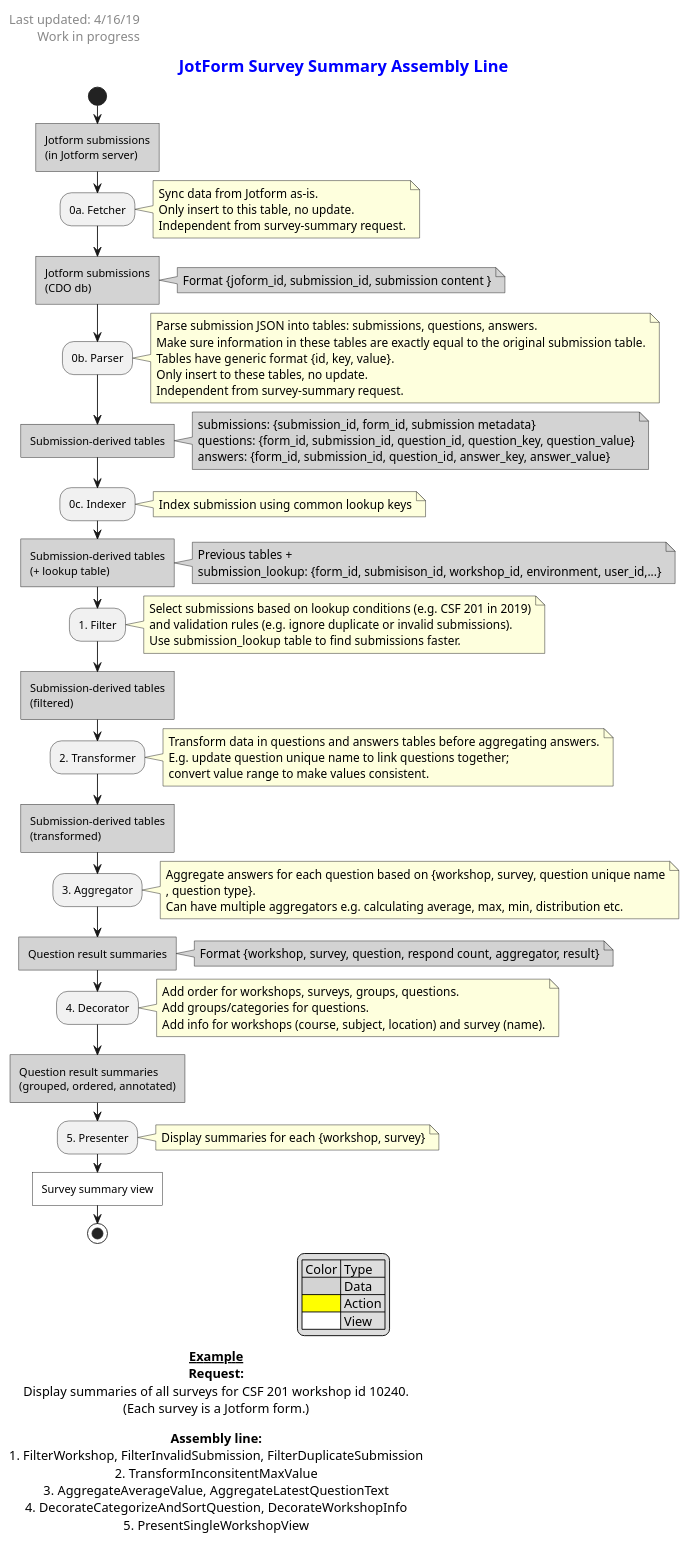
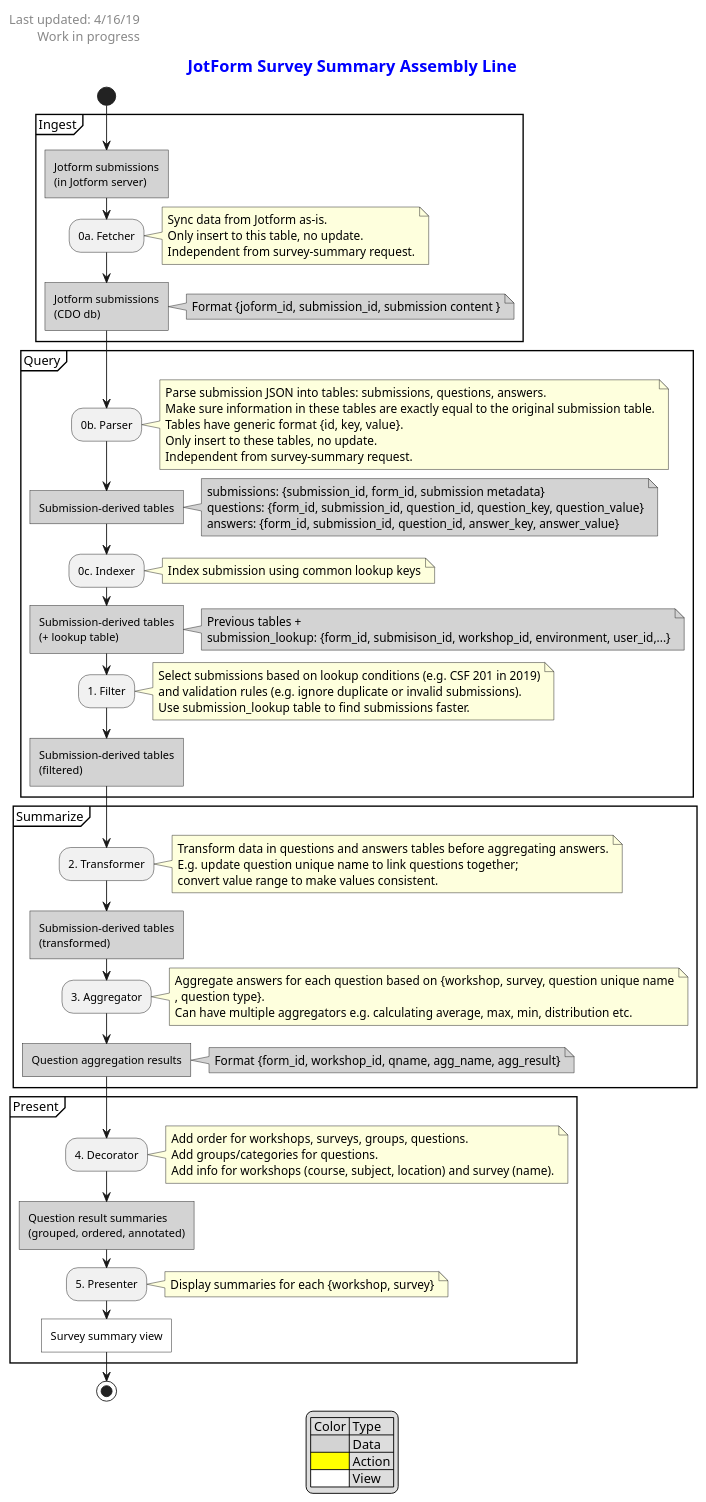
One commit to code-dot-org/code-dot-org changed the diagram in dashboard/design/survey_summary_diagram.puml. Above: the diagram before and after it, drawn with PlantUML. The commit also changed 1 other file, not shown here.

```diff
--- a/dashboard/design/survey_summary_diagram.puml
+++ b/dashboard/design/survey_summary_diagram.puml
@@ -1,114 +1,126 @@
 @startuml
+
 left header
   <size:14>Last updated: 4/16/19
   <size:14>Work in progress
 end header
+
 title
   <color:#blue><size:18>**JotForm Survey Summary Assembly Line**
 end title
+
 start
 
-#lightgrey:Jotform submissions
-(in Jotform server)]
-:0a. Fetcher;
-note right
-  Sync data from Jotform as-is.
-  Only insert to this table, no update.
-  Independent from survey-summary request.
-end note
-#lightgrey:Jotform submissions
-(CDO db)]
-note right #lightgrey: Format {joform_id, submission_id, submission content }
+partition Ingest {
+  #lightgrey:Jotform submissions
+  (in Jotform server)]
+  :0a. Fetcher;
+  note right
+    Sync data from Jotform as-is.
+    Only insert to this table, no update.
+    Independent from survey-summary request.
+  end note
+  #lightgrey:Jotform submissions
+  (CDO db)]
+  note right #lightgrey: Format {joform_id, submission_id, submission content }
+}
 
-:0b. Parser;
-note right
-  Parse submission JSON into tables: submissions, questions, answers.
-  Make sure information in these tables are exactly equal to the original submission table.
-  Tables have generic format {id, key, value}.
-  Only insert to these tables, no update.
-  Independent from survey-summary request.
-end note
-#lightgrey:Submission-derived tables]
-note right #lightgrey
-  submissions: {submission_id, form_id, submission metadata}
-  'Parsing 1st level hash
-  questions: {form_id, submission_id, question_id, question_key, question_value}
-  'Parsing 2nd level hash
-  answers: {form_id, submission_id, question_id, answer_key, answer_value}
-end note
+partition Query {
+  :0b. Parser;
+  note right
+    Parse submission JSON into tables: submissions, questions, answers.
+    Make sure information in these tables are exactly equal to the original submission table.
+    Tables have generic format {id, key, value}.
+    Only insert to these tables, no update.
+    Independent from survey-summary request.
+  end note
+  #lightgrey:Submission-derived tables]
+  note right #lightgrey
+    submissions: {submission_id, form_id, submission metadata}
+    'Parsing 1st level hash
+    questions: {form_id, submission_id, question_id, question_key, question_value}
+    'Parsing 2nd level hash
+    answers: {form_id, submission_id, question_id, answer_key, answer_value}
+  end note
 
-:0c. Indexer;
-note right: Index submission using common lookup keys
-#lightgrey:Submission-derived tables
-(+ lookup table)]
-note right #lightgrey
-  Previous tables +
-  submission_lookup: {form_id, submisison_id, workshop_id, environment, user_id,...}
-end note
+  :0c. Indexer;
+  note right: Index submission using common lookup keys
+  #lightgrey:Submission-derived tables
+  (+ lookup table)]
+  note right #lightgrey
+    Previous tables +
+    submission_lookup: {form_id, submisison_id, workshop_id, environment, user_id,...}
+  end note
 
-:1. Filter;
-note right
-  Select submissions based on lookup conditions (e.g. CSF 201 in 2019)
-  and validation rules (e.g. ignore duplicate or invalid submissions).
-  Use submission_lookup table to find submissions faster.
-end note
-#lightgrey:Submission-derived tables
-(filtered)]
+  :1. Filter;
+  note right
+    Select submissions based on lookup conditions (e.g. CSF 201 in 2019)
+    and validation rules (e.g. ignore duplicate or invalid submissions).
+    Use submission_lookup table to find submissions faster.
+  end note
+  #lightgrey:Submission-derived tables
+  (filtered)]
+}
 
-:2. Transformer;
-note right
-  Transform data in questions and answers tables before aggregating answers.
-  E.g. update question unique name to link questions together;
-  convert value range to make values consistent.
-end note
-#lightgrey:Submission-derived tables
-(transformed)]
-'note right #lightgrey: Format {workshop, survey, question, answer}
+partition Summarize {
+  :2. Transformer;
+  note right
+    Transform data in questions and answers tables before aggregating answers.
+    E.g. update question unique name to link questions together;
+    convert value range to make values consistent.
+  end note
+  #lightgrey:Submission-derived tables
+  (transformed)]
+  'note right #lightgrey: Format {workshop, survey, question, answer}
 
-:3. Aggregator;
-note right
-  Aggregate answers for each question based on {workshop, survey, question unique name
-  , question type}.
-  Can have multiple aggregators e.g. calculating average, max, min, distribution etc.
-end note
-#lightgrey:Question result summaries]
-note right #lightgrey: Format {workshop, survey, question, respond count, aggregator, result}
+  :3. Aggregator;
+  note right
+    Aggregate answers for each question based on {workshop, survey, question unique name
+    , question type}.
+    Can have multiple aggregators e.g. calculating average, max, min, distribution etc.
+  end note
+  #lightgrey:Question aggregation results]
+  note right #lightgrey: Format {form_id, workshop_id, qname, agg_name, agg_result}
+}
 
-:4. Decorator;
-note right
-  Add order for workshops, surveys, groups, questions.
-  Add groups/categories for questions.
-  Add info for workshops (course, subject, location) and survey (name).
-end note
-#lightgrey:Question result summaries
-(grouped, ordered, annotated)]
+partition Present {
+  :4. Decorator;
+  note right
+    Add order for workshops, surveys, groups, questions.
+    Add groups/categories for questions.
+    Add info for workshops (course, subject, location) and survey (name).
+  end note
+  #lightgrey:Question result summaries
+  (grouped, ordered, annotated)]
 
-:5. Presenter;
-note right
-  Display summaries for each {workshop, survey}
-end note
-#white:Survey summary view]
+  :5. Presenter;
+  note right
+    Display summaries for each {workshop, survey}
+  end note
+  #white:Survey summary view]
+}
 
 stop
-
-left footer
-  <color:#black><size:14>__**Example**__
-  <color:#black><size:14>**Request:**
-  <color:#black><size:14>Display summaries of all surveys for CSF 201 workshop id 10240.
-  <color:#black><size:14>(Each survey is a Jotform form.)
-
-  <color:#black><size:14>**Assembly line:**
-  <color:#black><size:14>1. FilterWorkshop, FilterInvalidSubmission, FilterDuplicateSubmission
-  <color:#black><size:14>2. TransformInconsitentMaxValue
-  <color:#black><size:14>3. AggregateAverageValue, AggregateLatestQuestionText
-  <color:#black><size:14>4. DecorateCategorizeAndSortQuestion, DecorateWorkshopInfo
-  <color:#black><size:14>5. PresentSingleWorkshopView
-end footer
 
 legend center
   | Color | Type |
   |<#lightgrey>| Data |
   |<#Yellow>| Action |
   |<#white>| View |
 end legend
+
+'left footer
+'  <color:#black><size:14>__**Example (Outdated)**__
+'  <color:#black><size:14>**Request:**
+'  <color:#black><size:14>Display summaries of all surveys for CSF 201 workshop id 10240.
+'  <color:#black><size:14>(Each survey is a Jotform form.)
+'
+'  <color:#black><size:14>**Assembly line:**
+'  <color:#black><size:14>1. FilterWorkshop, FilterInvalidSubmission, FilterDuplicateSubmission
+'  <color:#black><size:14>2. TransformInconsitentMaxValue
+'  <color:#black><size:14>3. AggregateAverageValue, AggregateLatestQuestionText
+'  <color:#black><size:14>4. DecorateCategorizeAndSortQuestion, DecorateWorkshopInfo
+'  <color:#black><size:14>5. PresentSingleWorkshopView
+'end footer
+
 @enduml
```
